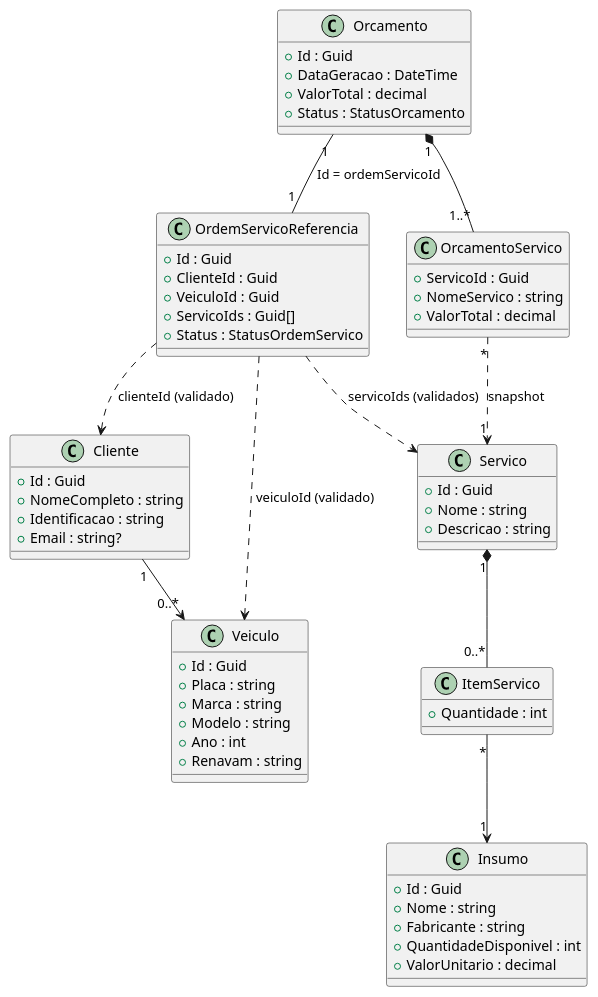
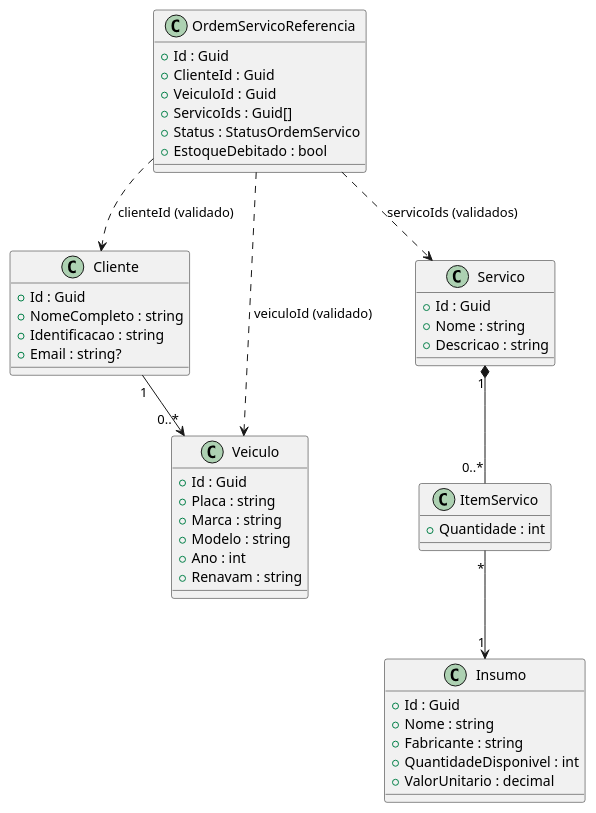
One commit to GuiToniello/tech-challenge-fase-4-MANAGEMENT-soat16-rm374658 changed the diagram in docs/diagram/domain-model.puml. Above: the diagram before and after it, drawn with PlantUML. The commit also changed 129 other files, not shown here.

Commit message:
feat: intergrar com a billing service

```diff
--- a/docs/diagram/domain-model.puml
+++ b/docs/diagram/domain-model.puml
@@ -1,73 +1,59 @@
 @startuml
 ' Modelo de dominio da Management API (fase 4).
 ' A ordem de servico em si vive no OS Service (outro repositorio, banco proprio). Aqui fica so a
 ' referencia minima dela (OrdemServicoReferencia), alimentada por eventos do SQS (ADR-019 e ADR-020).
+' O orcamento e o pagamento vivem no Billing (repo BILLING, banco proprio, ADR-021): a Management
+' so envia os servicos com o preco no evento OrdemServicoValidada e debita o estoque no PagamentoAprovado.
 
 class Cliente {
 	+Id : Guid
 	+NomeCompleto : string
 	+Identificacao : string
 	+Email : string?
 }
 
 class Veiculo {
 	+Id : Guid
 	+Placa : string
 	+Marca : string
 	+Modelo : string
 	+Ano : int
 	+Renavam : string
 }
 
 class Insumo {
 	+Id : Guid
 	+Nome : string
 	+Fabricante : string
 	+QuantidadeDisponivel : int
 	+ValorUnitario : decimal
 }
 
 class Servico {
 	+Id : Guid
 	+Nome : string
 	+Descricao : string
 }
 
 class ItemServico {
 	+Quantidade : int
 }
 
 class OrdemServicoReferencia {
 	+Id : Guid
 	+ClienteId : Guid
 	+VeiculoId : Guid
 	+ServicoIds : Guid[]
 	+Status : StatusOrdemServico
-}
-
-class Orcamento {
-	+Id : Guid
-	+DataGeracao : DateTime
-	+ValorTotal : decimal
-	+Status : StatusOrcamento
-}
-
-class OrcamentoServico {
-	+ServicoId : Guid
-	+NomeServico : string
-	+ValorTotal : decimal
+	+EstoqueDebitado : bool
 }
 
 Cliente "1" --> "0..*" Veiculo
 Servico "1" *-- "0..*" ItemServico
 ItemServico "*" --> "1" Insumo
 
 OrdemServicoReferencia ..> Cliente : clienteId (validado)
 OrdemServicoReferencia ..> Veiculo : veiculoId (validado)
 OrdemServicoReferencia ..> Servico : servicoIds (validados)
 
-Orcamento "1" -- "1" OrdemServicoReferencia : Id = ordemServicoId
-Orcamento "1" *-- "1..*" OrcamentoServico
-OrcamentoServico "*" ..> "1" Servico : snapshot
-
 @enduml
```
